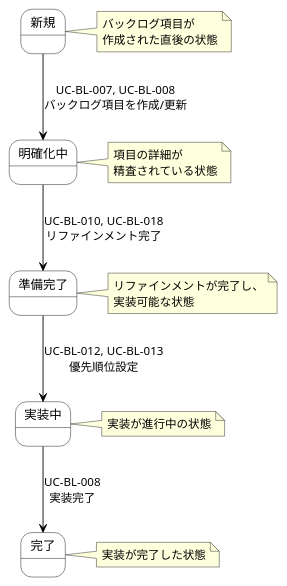
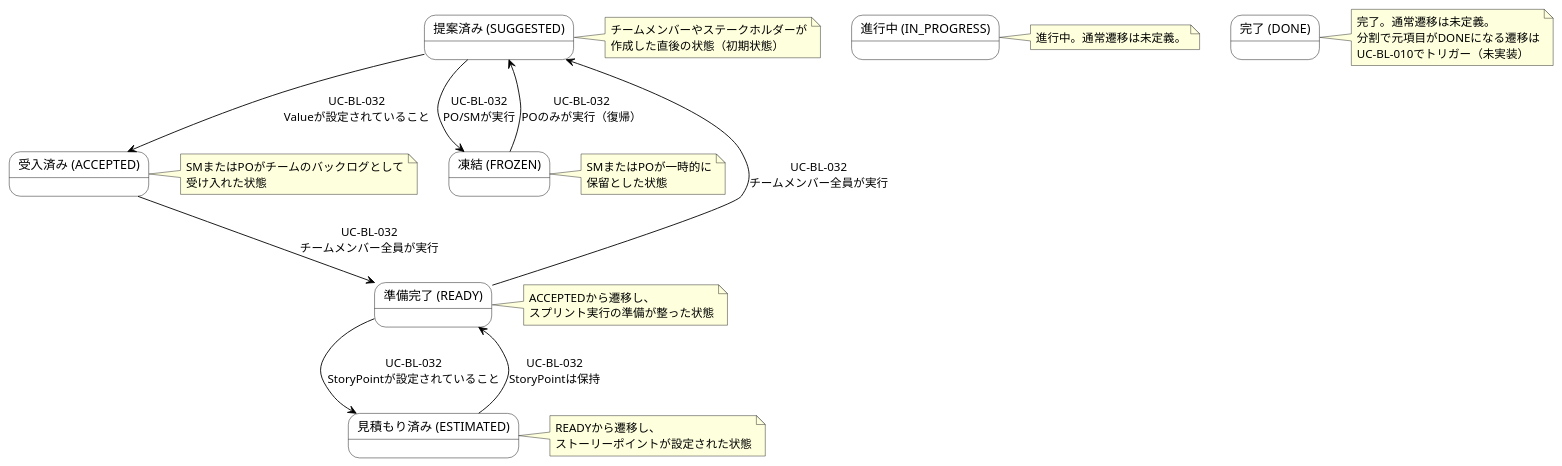
The diagram in docs/22 要件定義書/AG アジルーム/03 機能要件/AG-02 要求バックログ管理/04.システム/02.ステート/ステートマシン図_バックログ項目.md (mizo432/modulith-learning), drawn with PlantUML before and after one commit. The commit also changed other lines of this file and 21 other files, not shown here.

````diff
--- a/docs/22 要件定義書/AG アジルーム/03 機能要件/AG-02 要求バックログ管理/04.システム/02.ステート/ステートマシン図_バックログ項目.md
+++ b/docs/22 要件定義書/AG アジルーム/03 機能要件/AG-02 要求バックログ管理/04.システム/02.ステート/ステートマシン図_バックログ項目.md
@@ -7,43 +7,60 @@
 ```plantuml
 @startuml
 skinparam state {
   BackgroundColor White
   BorderColor Black
   ArrowColor Black
 }
 
-state "新規" as New
-state "明確化中" as Clarifying
-state "準備完了" as Ready
-state "実装中" as Implementing
-state "完了" as Done
+state "提案済み (SUGGESTED)" as SUGGESTED
+state "受入済み (ACCEPTED)" as ACCEPTED
+state "凍結 (FROZEN)" as FROZEN
+state "準備完了 (READY)" as READY
+state "見積もり済み (ESTIMATED)" as ESTIMATED
+state "進行中 (IN_PROGRESS)" as IN_PROGRESS
+state "完了 (DONE)" as DONE
 
-New --> Clarifying : UC-BL-007, UC-BL-008\nバックログ項目を作成/更新
-Clarifying --> Ready : UC-BL-010, UC-BL-018\nリファインメント完了
-Ready --> Implementing : UC-BL-012, UC-BL-013\n優先順位設定
-Implementing --> Done : UC-BL-008\n実装完了
+SUGGESTED --> ACCEPTED : UC-BL-032\nValueが設定されていること
+SUGGESTED --> FROZEN : UC-BL-032\nPO/SMが実行
+FROZEN --> SUGGESTED : UC-BL-032\nPOのみが実行（復帰）
+ACCEPTED --> READY : UC-BL-032\nチームメンバー全員が実行
+READY --> SUGGESTED : UC-BL-032\nチームメンバー全員が実行
+READY --> ESTIMATED : UC-BL-032\nStoryPointが設定されていること
+ESTIMATED --> READY : UC-BL-032\nStoryPointは保持
 
-note right of New
-  バックログ項目が
-  作成された直後の状態
+note right of SUGGESTED
+  チームメンバーやステークホルダーが
+  作成した直後の状態（初期状態）
 end note
 
-note right of Clarifying
-  項目の詳細が
-  精査されている状態
+note right of ACCEPTED
+  SMまたはPOがチームのバックログとして
+  受け入れた状態
 end note
 
-note right of Ready
-  リファインメントが完了し、
-  実装可能な状態
+note right of FROZEN
+  SMまたはPOが一時的に
+  保留とした状態
 end note
 
-note right of Implementing
-  実装が進行中の状態
+note right of READY
+  ACCEPTEDから遷移し、
+  スプリント実行の準備が整った状態
 end note
 
-note right of Done
-  実装が完了した状態
+note right of ESTIMATED
+  READYから遷移し、
+  ストーリーポイントが設定された状態
+end note
+
+note right of IN_PROGRESS
+  進行中。通常遷移は未定義。
+end note
+
+note right of DONE
+  完了。通常遷移は未定義。
+  分割で元項目がDONEになる遷移は
+  UC-BL-010でトリガー（未実装）
 end note
 @enduml
 ```
````
